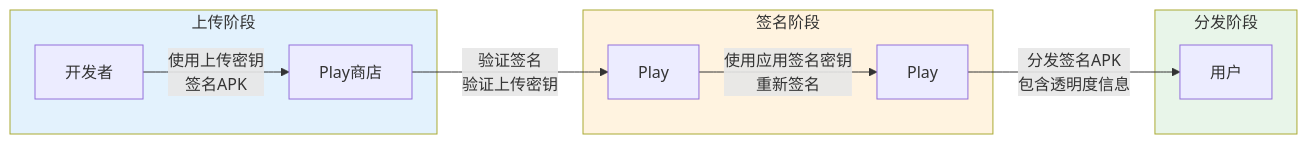
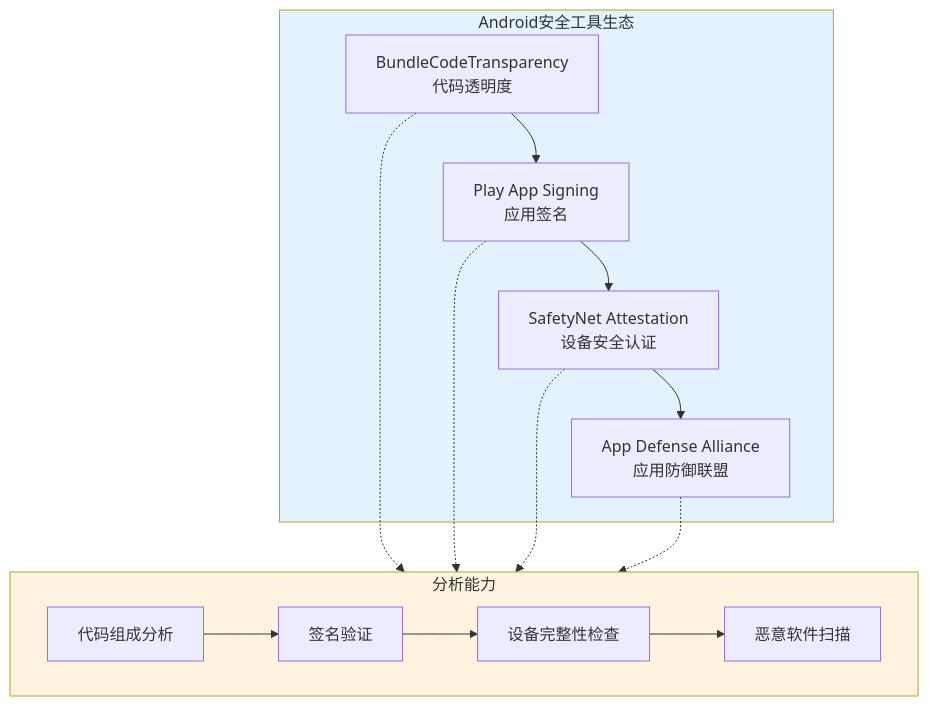
One commit to Carrie-L/carrie-l.github.io changed the fourth of 5 diagrams in AndroidDeveloperGuideStory/Contents/vol21/21.1.91 捆绑代码透明度.md. Above: the diagram before and after it, drawn with Mermaid. The commit also changed other lines of this file, not shown here.

Commit message:
feat(chapter-21.1.91): add BundleCodeTransparency chapter for Android App Bundle

````diff
--- a/AndroidDeveloperGuideStory/Contents/vol21/21.1.91 捆绑代码透明度.md
+++ b/AndroidDeveloperGuideStory/Contents/vol21/21.1.91 捆绑代码透明度.md
@@ -425,19 +302,27 @@
 ```mermaid
-flowchart LR
-    subgraph Upload["上传阶段"]
-        Dev1[开发者] --> |"使用上传密钥<br/>签名APK"| Play1[Play商店]
+flowchart TB
+    subgraph SecurityTools["Android安全工具生态"]
+        
+        T1[BundleCodeTransparency<br/>代码透明度] --> T2[Play App Signing<br/>应用签名]
+        T2 --> T3[SafetyNet Attestation<br/>设备安全认证]
+        T3 --> T4[App Defense Alliance<br/>应用防御联盟]
+        
     end
     
-    subgraph Sign["签名阶段"]
-        Play1 --> |"验证签名<br/>验证上传密钥"| Play2[Play]
-        Play2 --> |"使用应用签名密钥<br/>重新签名"| Play3[Play]
+    subgraph Analysis["分析能力"]
+        direction LR
+        
+        A1[代码组成分析] --> A2[签名验证]
+        A2 --> A3[设备完整性检查]
+        A3 --> A4[恶意软件扫描]
+        
     end
     
-    subgraph Distribute["分发阶段"]
-        Play3 --> |"分发签名APK<br/>包含透明度信息"| User[用户]
-    end
+    T1 -.-> A1
+    T2 -.-> A2
+    T3 -.-> A3
+    T4 -.-> A4
     
-    style Upload fill:#e3f2fd
-    style Sign fill:#fff3e0
-    style Distribute fill:#e8f5e9
+    style SecurityTools fill:#e3f2fd
+    style Analysis fill:#fff3e0
 ```
````
